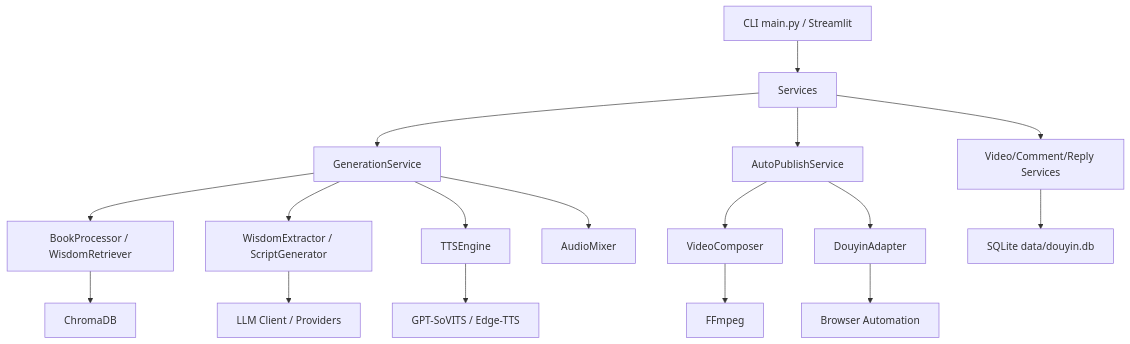
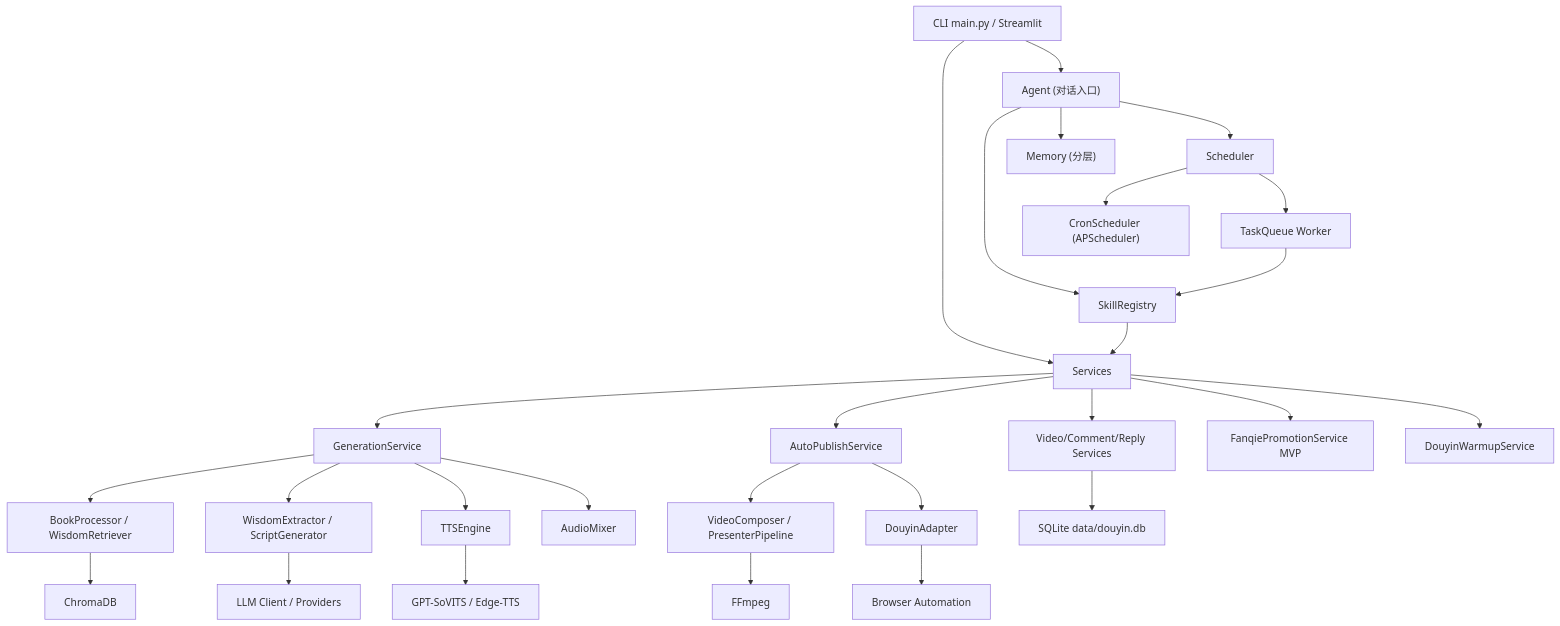
Before and after one commit to chahax/ai_douyin: the first of 2 diagrams in docs/SYSTEM_ARCHITECTURE.md, drawn with Mermaid. The commit also changed other lines of this file and 13 other files, not shown here.

````diff
--- a/docs/SYSTEM_ARCHITECTURE.md
+++ b/docs/SYSTEM_ARCHITECTURE.md
@@ -35,19 +38,30 @@
 ```mermaid
 graph TD
     A["CLI main.py / Streamlit"] --> B["Services"]
+    A --> AG["Agent (对话入口)"]
+    AG --> SR["SkillRegistry"]
+    SR --> B
+    AG --> MM["Memory (分层)"]
+    AG --> SCH["Scheduler"]
+
     B --> C["GenerationService"]
     B --> D["AutoPublishService"]
     B --> E["Video/Comment/Reply Services"]
     C --> F["BookProcessor / WisdomRetriever"]
     F --> G["ChromaDB"]
     C --> H["WisdomExtractor / ScriptGenerator"]
     H --> I["LLM Client / Providers"]
     C --> J["TTSEngine"]
     J --> K["GPT-SoVITS / Edge-TTS"]
     C --> L["AudioMixer"]
-    D --> M["VideoComposer"]
+    D --> M["VideoComposer / PresenterPipeline"]
     M --> N["FFmpeg"]
     D --> O["DouyinAdapter"]
     O --> P["Browser Automation"]
+    B --> R["FanqiePromotionService MVP"]
+    B --> WU["DouyinWarmupService"]
     E --> Q["SQLite data/douyin.db"]
+    SCH --> CR["CronScheduler (APScheduler)"]
+    SCH --> TQ["TaskQueue Worker"]
+    TQ --> SR
 ```
````
